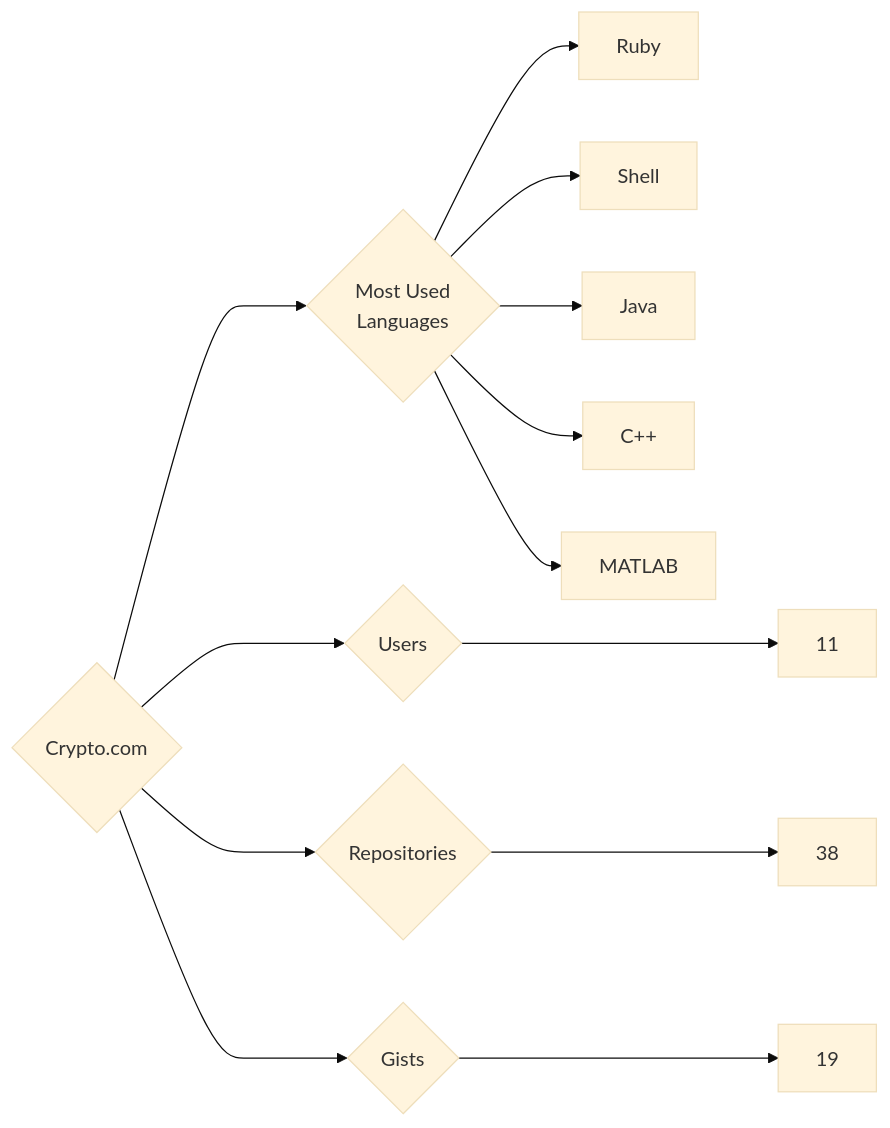
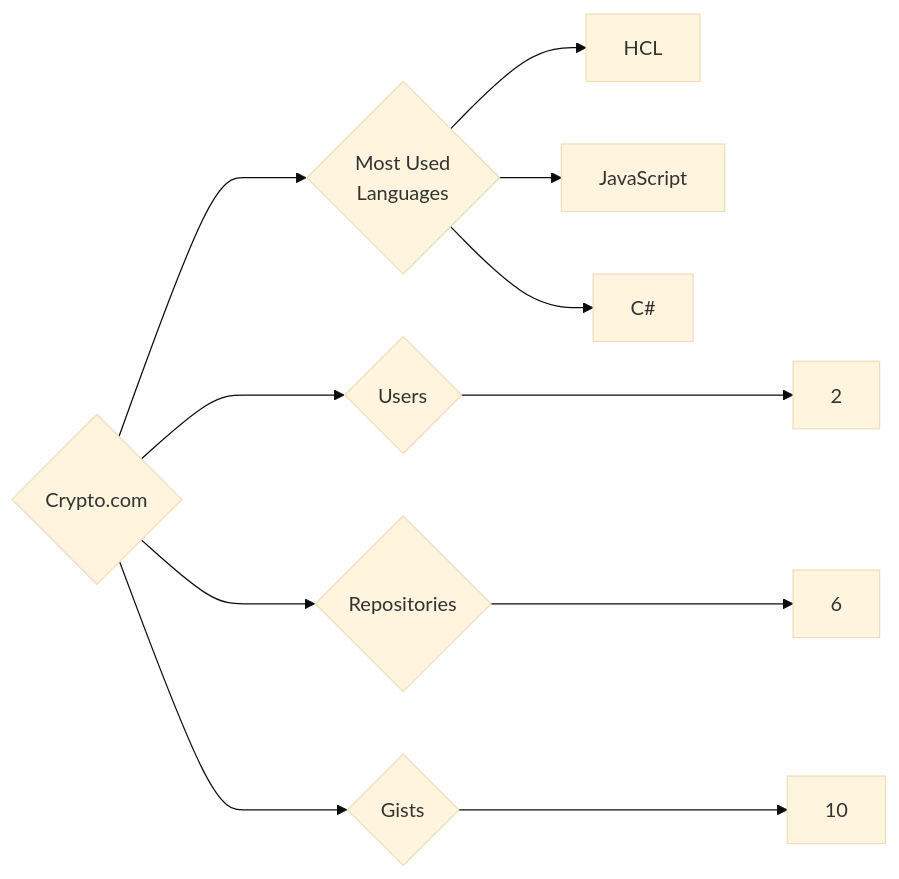
Before and after one commit to trickest/insiders: the diagram in targets/Crypto.com/README.md, drawn with Mermaid (base theme). The commit also changed 998 other files, not shown here.

````diff
--- a/targets/Crypto.com/README.md
+++ b/targets/Crypto.com/README.md
@@ -3,13 +3,11 @@
 ```mermaid
 graph LR
 COMPANY_NAME{Crypto.com}
-COMPANY_NAME ---> U{Users} ---> UN[11]
-COMPANY_NAME ---> R{Repositories} ---> RN[38]
-COMPANY_NAME ---> G{Gists} ---> GN[19]
+COMPANY_NAME ---> U{Users} ---> UN[2]
+COMPANY_NAME ---> R{Repositories} ---> RN[6]
+COMPANY_NAME ---> G{Gists} ---> GN[10]
 COMPANY_NAME ---> ML{Most Used<br>Languages}
-ML --> Ruby[Ruby]
-ML --> Shell[Shell]
-ML --> Java[Java]
-ML --> C++[C++]
-ML --> MATLAB[MATLAB]
+ML --> HCL[HCL]
+ML --> JavaScript[JavaScript]
+ML --> C#[C#]
 ```
````
